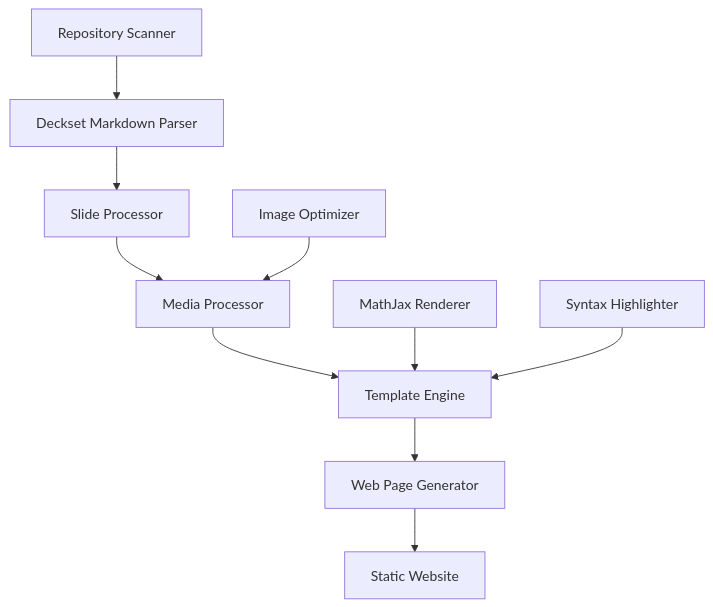
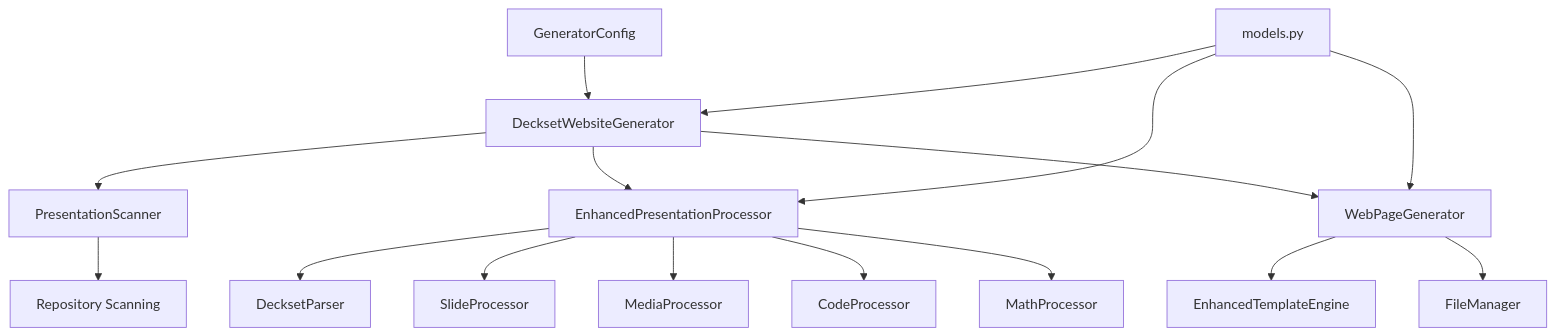
The first of 2 diagrams in .kiro/specs/markdown-converter/design.md (kevinlin/Deckset-presentations), drawn with Mermaid before and after one commit. The commit also changed other lines of this file, not shown here.

````diff
--- a/.kiro/specs/markdown-converter/design.md
+++ b/.kiro/specs/markdown-converter/design.md
@@ -11,12 +11,22 @@
 ```mermaid
 graph TD
-    A[Repository Scanner] --> B[Deckset Markdown Parser]
-    B --> C[Slide Processor]
-    C --> D[Media Processor]
-    D --> E[Template Engine]
-    E --> F[Web Page Generator]
-    F --> G[Static Website]
-    H[MathJax Renderer] --> E
-    I[Syntax Highlighter] --> E
-    J[Image Optimizer] --> D
+    A[DecksetWebsiteGenerator] --> B[PresentationScanner]
+    A --> C[EnhancedPresentationProcessor]
+    A --> D[WebPageGenerator]
+    
+    B --> E[Repository Scanning]
+    
+    C --> F[DecksetParser]
+    C --> G[SlideProcessor]
+    C --> H[MediaProcessor]
+    C --> I[CodeProcessor]
+    C --> J[MathProcessor]
+    
+    D --> K[EnhancedTemplateEngine]
+    D --> L[FileManager]
+    
+    M[GeneratorConfig] --> A
+    N[models.py] --> A
+    N --> C
+    N --> D
 ```
````
